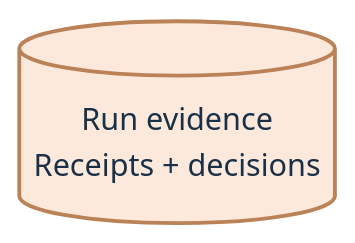
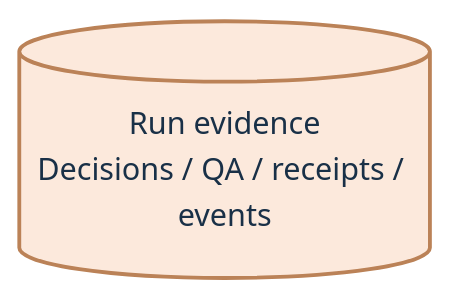
Before and after one commit to nrysho/trace-social-engineering-agent: the diagram in docs/architecture-assets/store.mmd, drawn with Mermaid. The commit also changed 10 other files, not shown here.

Commit message:
Anchor architecture arrows to components and clarify response flow

```diff
--- a/docs/architecture-assets/store.mmd
+++ b/docs/architecture-assets/store.mmd
@@ -1,3 +1,3 @@
 flowchart LR
- N[("Run evidence<br/>Receipts + decisions")]
+ N[("Run evidence<br/>Decisions / QA / receipts / events")]
  classDef default fill:#fce9dc,stroke:#bb8257,color:#193047,stroke-width:2px;
```
